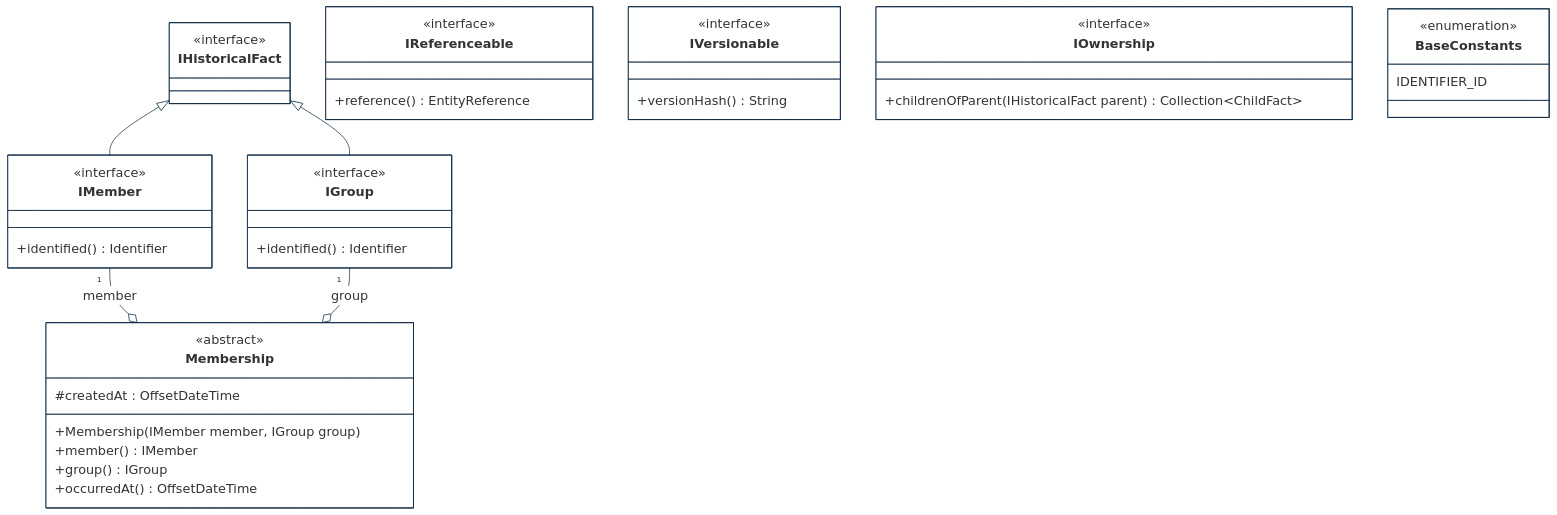
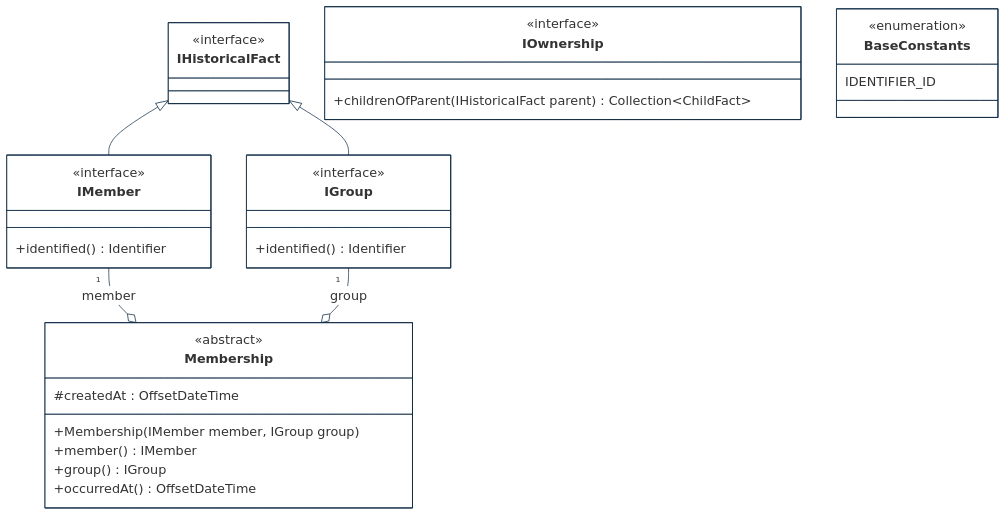
One commit to cybnity/foundation changed the third of 8 diagrams in implementations-line/framework/immutable/designview-packages.md. Above: the diagram before and after it, drawn with Mermaid.

````diff
--- a/implementations-line/framework/immutable/designview-packages.md
+++ b/implementations-line/framework/immutable/designview-packages.md
@@ -252,60 +254,52 @@
 ```mermaid
 %%{
   init: {
     'theme': 'base',
     'themeVariables': {
         'background': '#ffffff',
         'fontFamily': 'arial',
         'fontSize': '18px',
         'primaryColor': '#fff',
         'primaryBorderColor': '#0e2a43',
         'secondaryBorderColor': '#0e2a43',
         'tertiaryBorderColor': '#0e2a43',
         'edgeLabelBackground':'#0e2a43',
         'lineColor': '#0e2a43',
         'tertiaryColor': '#fff'
     }
   }
 }%%
 classDiagram
     IHistoricalFact <|-- IMember
     IHistoricalFact <|-- IGroup
     IMember "1" --o Membership : member
     IGroup "1" --o Membership : group
 
     class IGroup {
         <<interface>>
         +identified() Identifier
     }
-    class IReferenceable {
-        <<interface>>
-        +reference() EntityReference
-    }
-    class IVersionable {
-        <<interface>>
-        +versionHash() String
-    }
     class IOwnership {
         <<interface>>
         +childrenOfParent(IHistoricalFact parent) Collection~ChildFact~
     }
     class BaseConstants {
         <<enumeration>>
         IDENTIFIER_ID
     }
     class IMember {
         <<interface>>
         +identified() Identifier
     }
     class Membership {
         <<abstract>>
         #createdAt : OffsetDateTime
         +Membership(IMember member, IGroup group)
         +member() IMember
         +group() IGroup
         +occurredAt() OffsetDateTime
     }
     class IHistoricalFact {
         <<interface>>
     }
 ```
````
